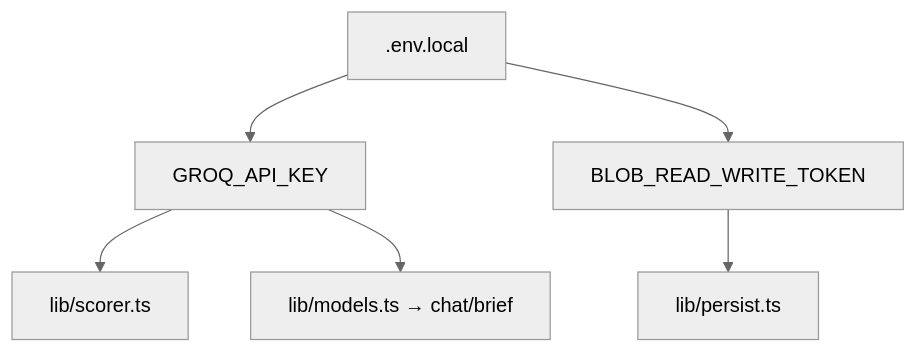
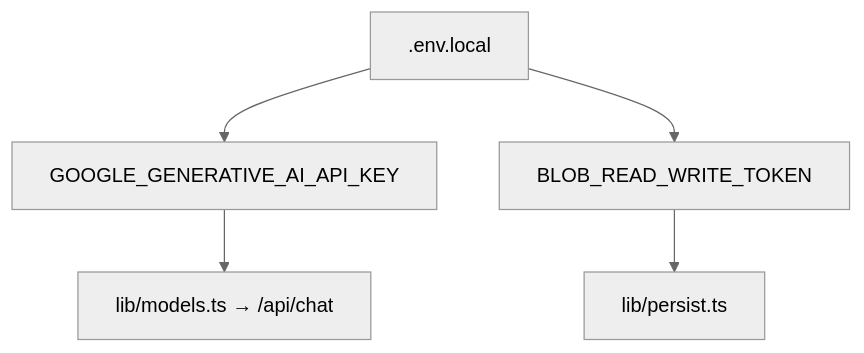
One commit to Manoj7ar/Hatch105-Project changed diagram 28 of 31 in README.md. Above: the diagram before and after it, drawn with Mermaid (neutral theme). The commit also changed other lines of this file and 47 other files, not shown here.

First line of the commit message:
Use deterministic scoring for ranking; reserve Gemini for chat only.

````diff
--- a/README.md
+++ b/README.md
@@ -901,8 +842,7 @@
 ```mermaid
 flowchart TD
-  ENV[.env.local] --> GROQ[GROQ_API_KEY]
+  ENV[.env.local] --> GEMINI[GOOGLE_GENERATIVE_AI_API_KEY]
   ENV --> BLOB[BLOB_READ_WRITE_TOKEN]
-  GROQ --> SCORER[lib/scorer.ts]
-  GROQ --> CHAT[lib/models.ts → chat/brief]
+  GEMINI --> CHAT[lib/models.ts → /api/chat]
   BLOB --> PERSIST[lib/persist.ts]
 ```
````
